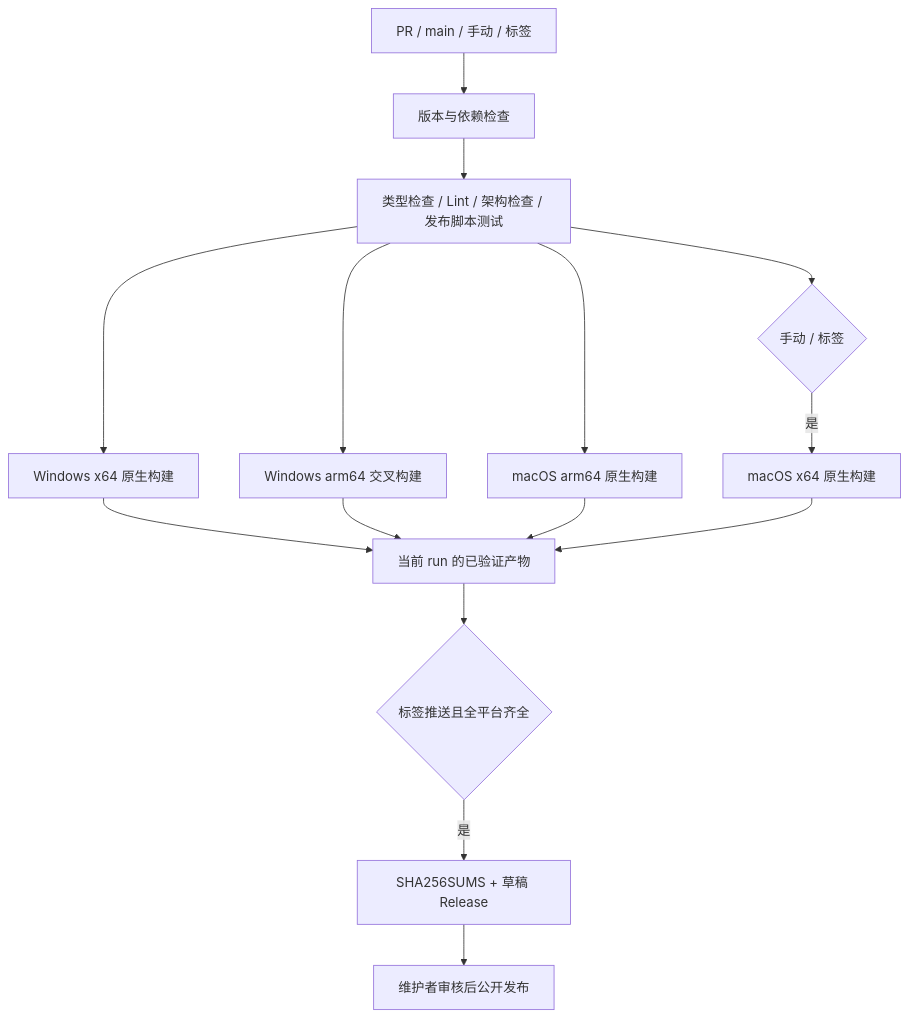
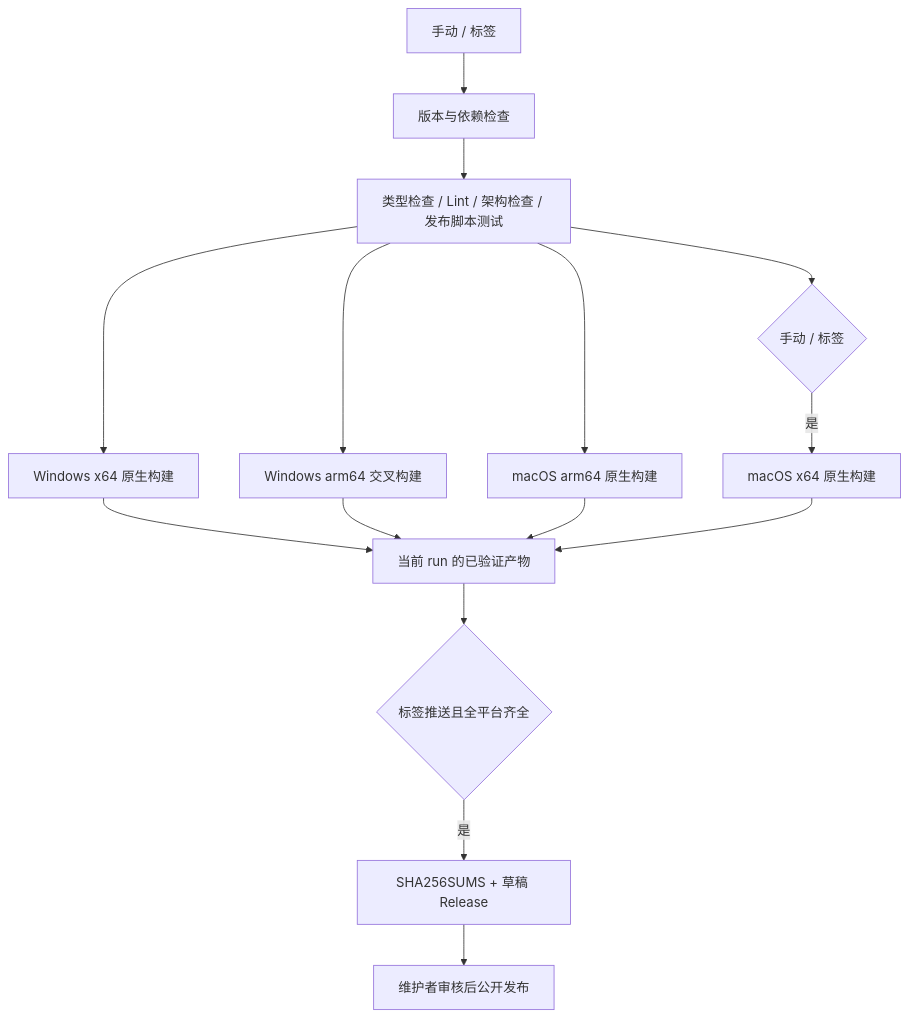
The diagram in .agents/specs/desktop-ci-release.md (No-ni/ZCodium), drawn with Mermaid before and after one commit. The commit also changed other lines of this file and 4 other files, not shown here.

````diff
--- a/.agents/specs/desktop-ci-release.md
+++ b/.agents/specs/desktop-ci-release.md
@@ -23,17 +23,17 @@
 ```mermaid
 flowchart TD
-  A[PR / main / 手动 / 标签] --> B[版本与依赖检查]
+  A[手动 / 标签] --> B[版本与依赖检查]
   B --> C[类型检查 / Lint / 架构检查 / 发布脚本测试]
   C --> F[Windows x64 原生构建]
   C --> G[Windows arm64 交叉构建]
   C --> H[macOS arm64 原生构建]
   C --> M{手动 / 标签}
   M -->|是| X[macOS x64 原生构建]
   F --> I[当前 run 的已验证产物]
   G --> I
   H --> I
   X --> I
   I --> J{标签推送且全平台齐全}
   J -->|是| K[SHA256SUMS + 草稿 Release]
   K --> L[维护者审核后公开发布]
 ```
````
